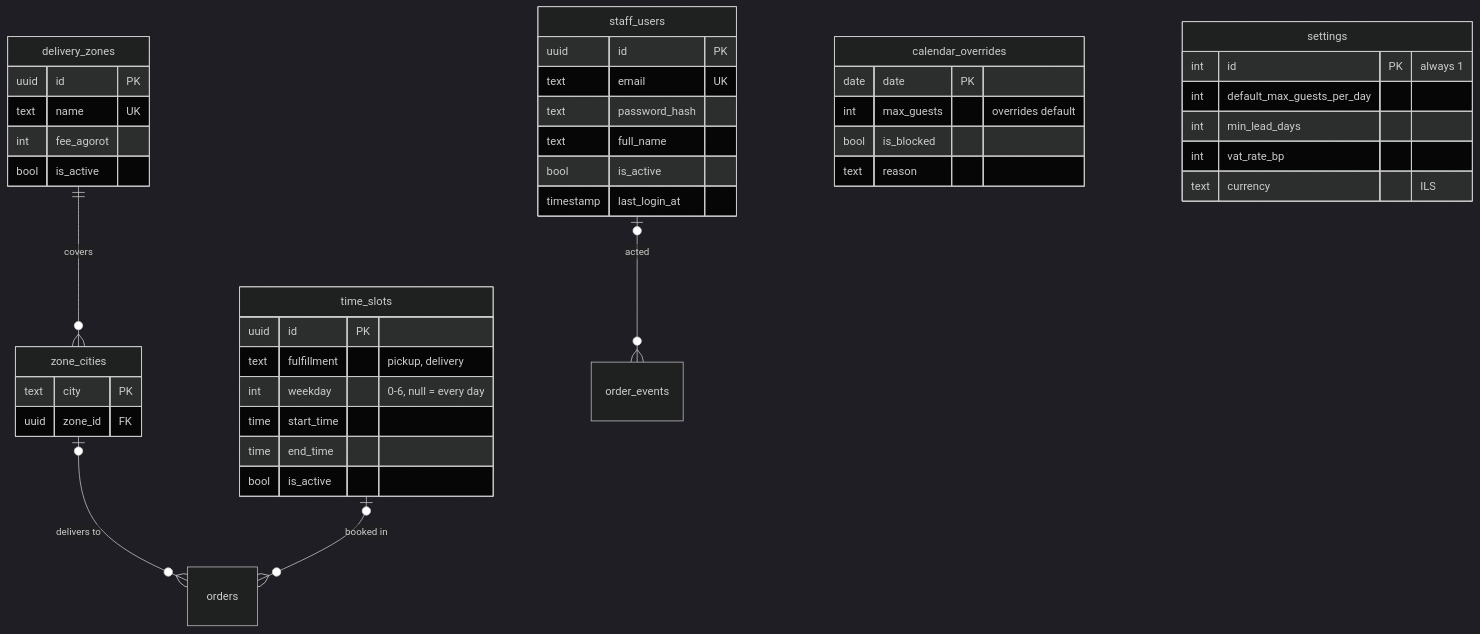
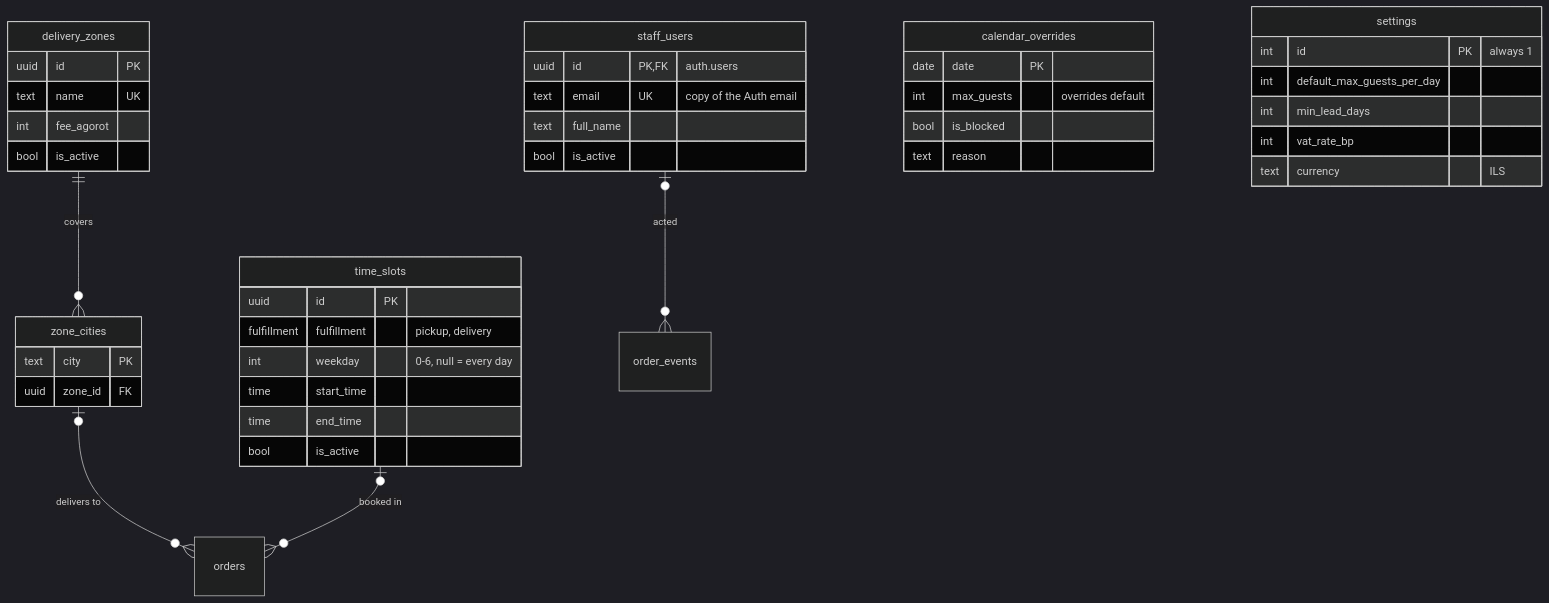
The fifth of 5 diagrams in docs/ERD.md (JonathanZouari/ai-catering-platform), drawn with Mermaid (dark theme) before and after one commit. The commit also changed other lines of this file and 7 other files, not shown here.

````diff
--- a/docs/ERD.md
+++ b/docs/ERD.md
@@ -197,46 +197,44 @@
 ```mermaid
 erDiagram
   delivery_zones ||--o{ zone_cities : "covers"
   zone_cities |o--o{ orders : "delivers to"
   time_slots |o--o{ orders : "booked in"
   staff_users |o--o{ order_events : "acted"
   delivery_zones {
     uuid id PK
     text name UK
     int fee_agorot
     bool is_active
   }
   zone_cities {
     text city PK
     uuid zone_id FK
   }
   time_slots {
     uuid id PK
-    text fulfillment "pickup, delivery"
+    fulfillment fulfillment "pickup, delivery"
     int weekday "0-6, null = every day"
     time start_time
     time end_time
     bool is_active
   }
   calendar_overrides {
     date date PK
     int max_guests "overrides default"
     bool is_blocked
     text reason
   }
   settings {
     int id PK "always 1"
     int default_max_guests_per_day
     int min_lead_days
     int vat_rate_bp
     text currency "ILS"
   }
   staff_users {
-    uuid id PK
-    text email UK
-    text password_hash
+    uuid id PK, FK "auth.users"
+    text email UK "copy of the Auth email"
     text full_name
     bool is_active
-    timestamp last_login_at
   }
 ```
````
